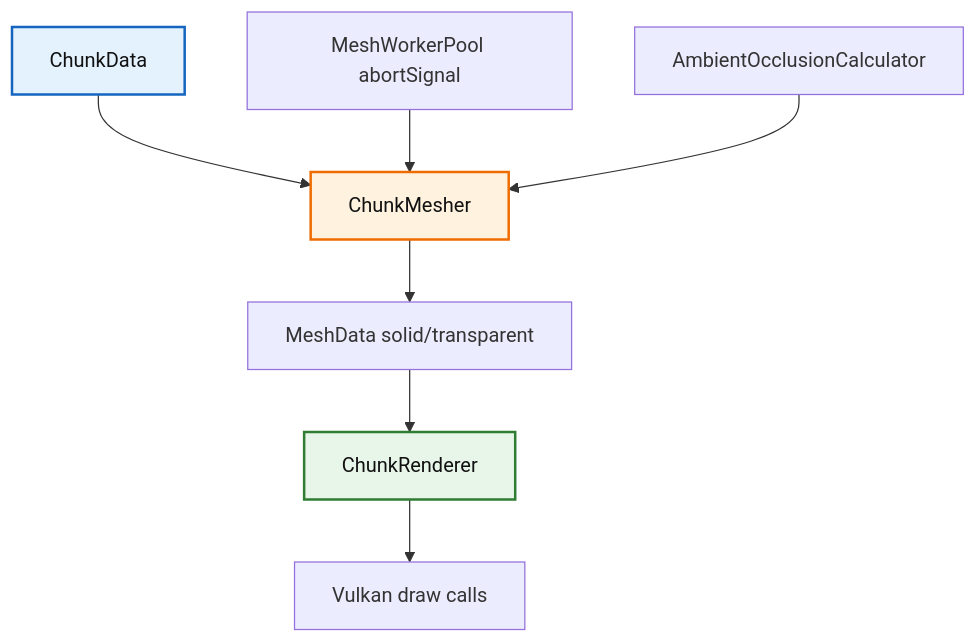
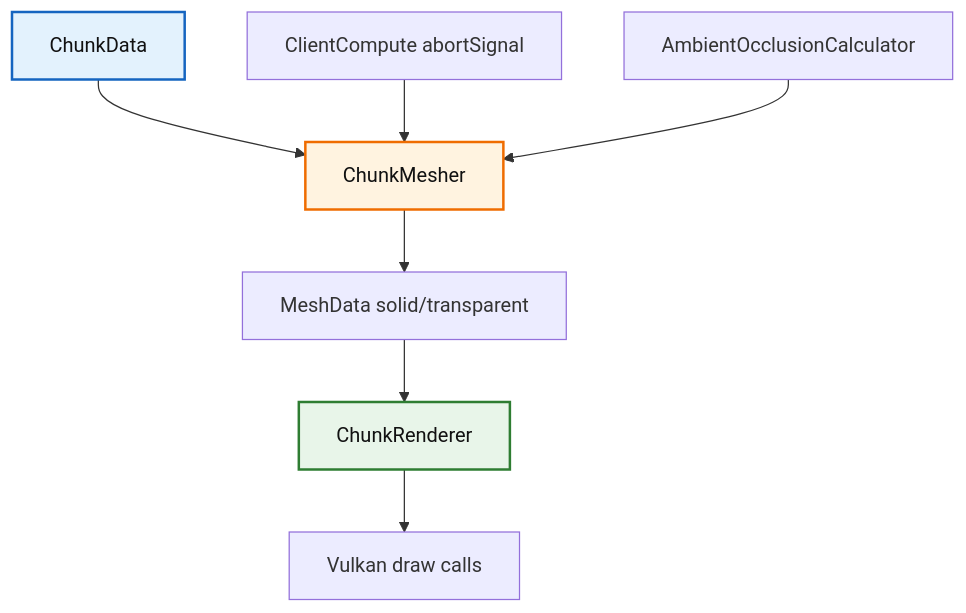
One commit to g122622/Cubium changed the diagram in src/client/renderer/trident/chunk/README.md. Above: the diagram before and after it, drawn with Mermaid. The commit also changed other lines of this file and 86 other files, not shown here.

````diff
--- a/src/client/renderer/trident/chunk/README.md
+++ b/src/client/renderer/trident/chunk/README.md
@@ -17,14 +17,14 @@
 ```mermaid
 flowchart TD
     A[ChunkData] --> B[ChunkMesher]
     B --> C[MeshData solid/transparent]
     C --> D[ChunkRenderer]
     D --> E[Vulkan draw calls]
 
-    F[MeshWorkerPool abortSignal] --> B
+    F[ClientCompute abortSignal] --> B
     G[AmbientOcclusionCalculator] --> B
 
     style A fill:#e3f2fd,stroke:#1565c0,stroke-width:2px,color:#111
     style B fill:#fff3e0,stroke:#ef6c00,stroke-width:2px,color:#111
     style D fill:#e8f5e9,stroke:#2e7d32,stroke-width:2px,color:#111
 ```
````
